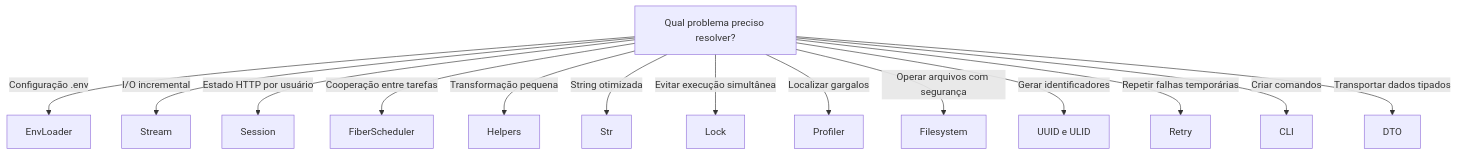
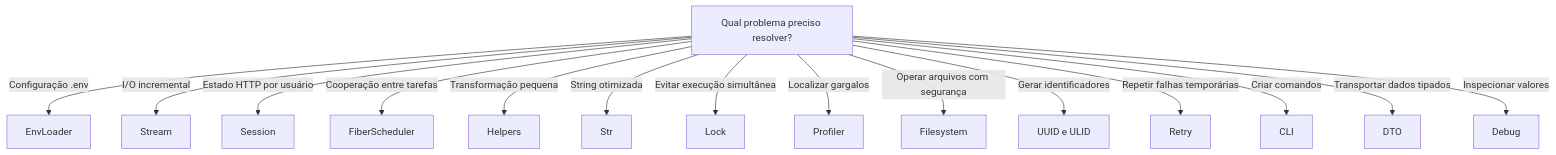
One commit to omegaalfa/Utils changed the diagram in README.md. Above: the diagram before and after it, drawn with Mermaid. The commit also changed other lines of this file and 21 other files, not shown here.

````diff
--- a/README.md
+++ b/README.md
@@ -59,17 +60,18 @@
 ```mermaid
 flowchart TD
     A[Qual problema preciso resolver?]
     A -->|Configuração .env| B[EnvLoader]
     A -->|I/O incremental| C[Stream]
     A -->|Estado HTTP por usuário| D[Session]
     A -->|Cooperação entre tarefas| E[FiberScheduler]
     A -->|Transformação pequena| F[Helpers]
     A -->|String otimizada| G[Str]
     A -->|Evitar execução simultânea| H[Lock]
     A -->|Localizar gargalos| I[Profiler]
     A -->|Operar arquivos com segurança| J[Filesystem]
     A -->|Gerar identificadores| K[UUID e ULID]
     A -->|Repetir falhas temporárias| L[Retry]
     A -->|Criar comandos| M[CLI]
     A -->|Transportar dados tipados| N[DTO]
+    A -->|Inspecionar valores| O[Debug]
 ```
````
